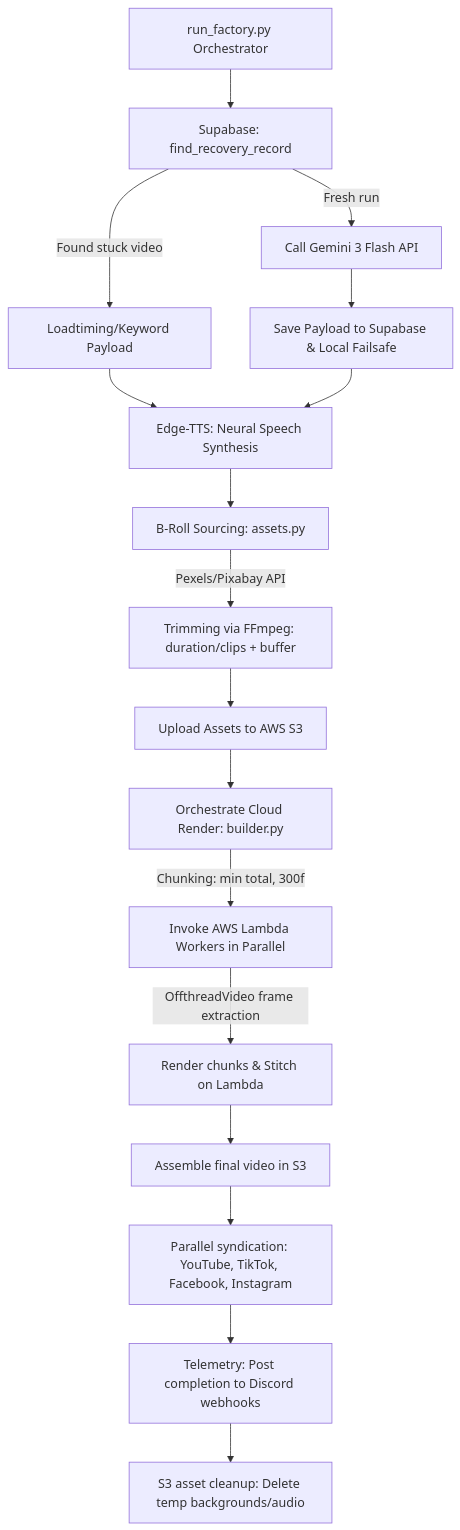
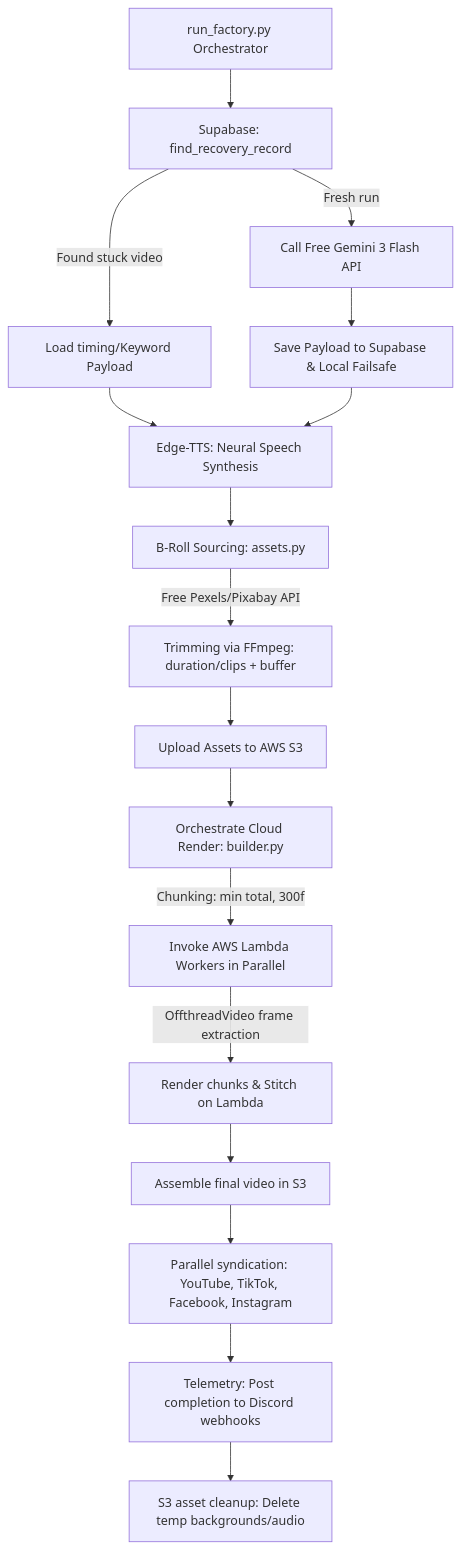
Before and after one commit to Hazy019/youtube-shorts-automation: the diagram in README.md, drawn with Mermaid. The commit also changed other lines of this file and 2 other files, not shown here.

````diff
--- a/README.md
+++ b/README.md
@@ -17,19 +19,19 @@
 ```mermaid
 graph TD
     A[run_factory.py Orchestrator] --> B[Supabase: find_recovery_record]
-    B -->|Found stuck video| C[Loadtiming/Keyword Payload]
-    B -->|Fresh run| D[Call Gemini 3 Flash API]
+    B -->|Found stuck video| C[Load timing/Keyword Payload]
+    B -->|Fresh run| D[Call Free Gemini 3 Flash API]
     D --> E[Save Payload to Supabase & Local Failsafe]
     C --> F[Edge-TTS: Neural Speech Synthesis]
     E --> F
     F --> G[B-Roll Sourcing: assets.py]
-    G -->|Pexels/Pixabay API| H[Trimming via FFmpeg: duration/clips + buffer]
+    G -->|Free Pexels/Pixabay API| H[Trimming via FFmpeg: duration/clips + buffer]
     H --> I[Upload Assets to AWS S3]
     I --> J[Orchestrate Cloud Render: builder.py]
     J -->|Chunking: min total, 300f| K[Invoke AWS Lambda Workers in Parallel]
     K -->|OffthreadVideo frame extraction| L[Render chunks & Stitch on Lambda]
     L --> M[Assemble final video in S3]
     M --> N[Parallel syndication: YouTube, TikTok, Facebook, Instagram]
     N --> O[Telemetry: Post completion to Discord webhooks]
     O --> P[S3 asset cleanup: Delete temp backgrounds/audio]
 ```
````
